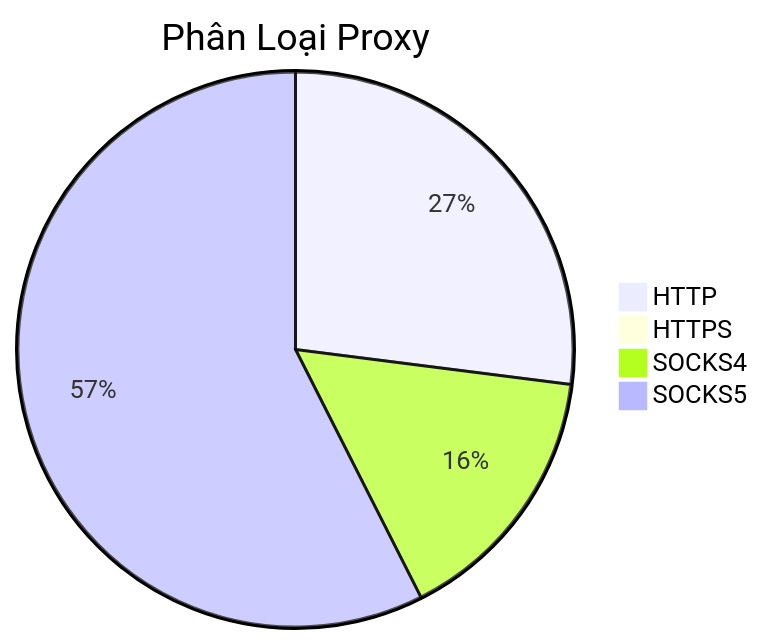
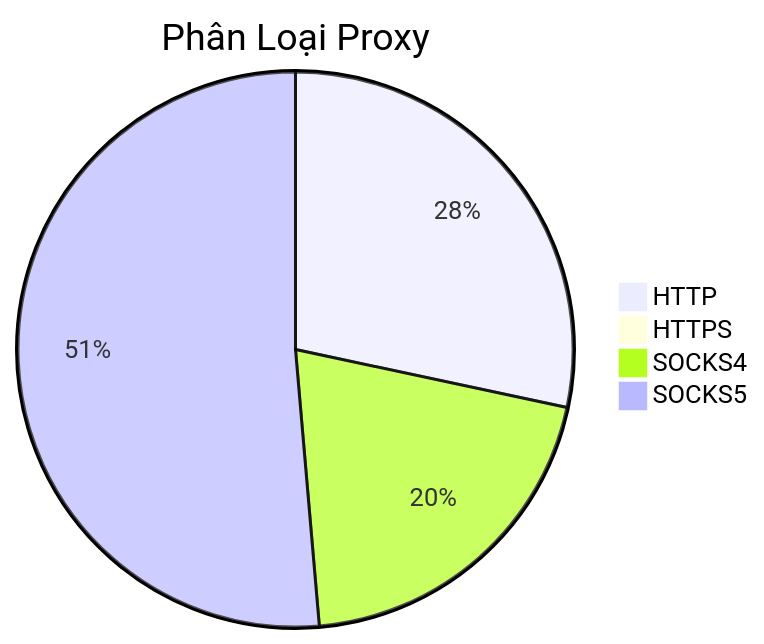
The diagram in README.md (Ciara-Aa/PROXY-free), drawn with Mermaid before and after one commit. The commit also changed other lines of this file and 4 other files, not shown here.

````diff
--- a/README.md
+++ b/README.md
@@ -26,7 +26,7 @@
 ```mermaid
 pie title Phân Loại Proxy
-    "HTTP" : 353
+    "HTTP" : 383
     "HTTPS" : 2
-    "SOCKS4" : 203
-    "SOCKS5" : 751
+    "SOCKS4" : 274
+    "SOCKS5" : 694
 ```
````
